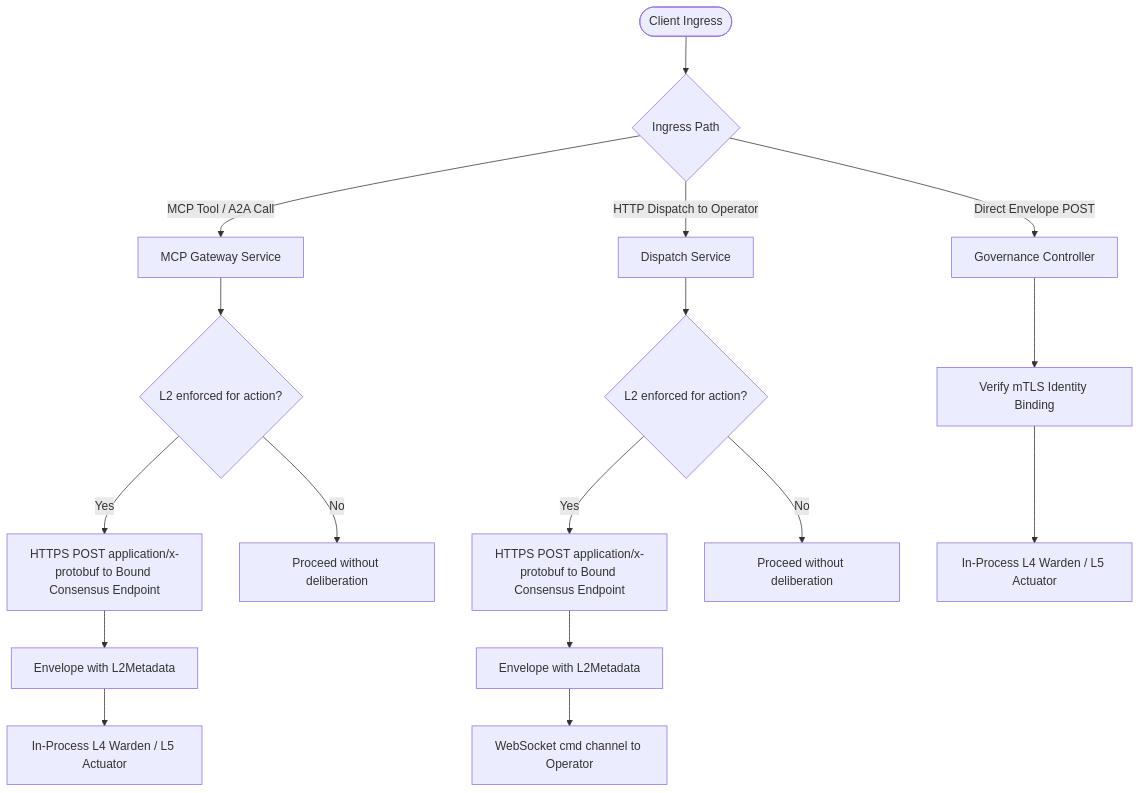
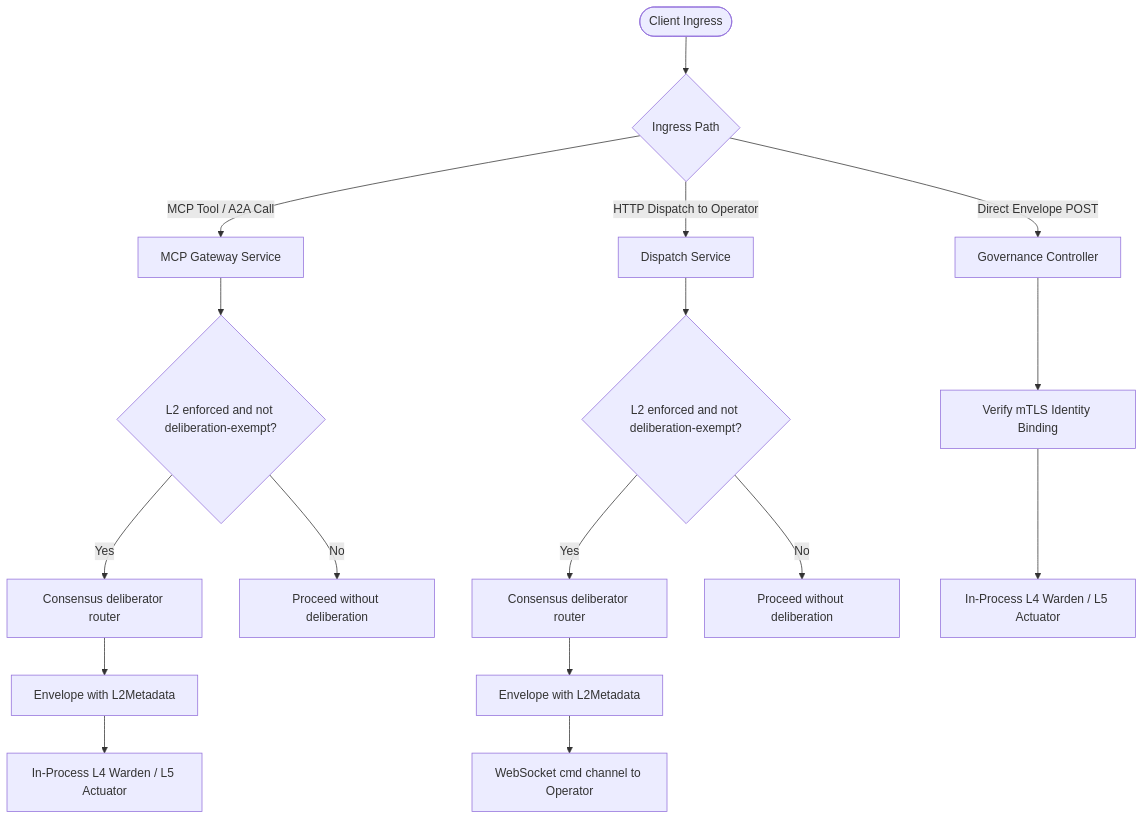
The diagram in docs/architecture/consensus.md (zerotrustdata/ztd), drawn with Mermaid before and after one commit. The commit also changed other lines of this file and 106 other files, not shown here.

````diff
--- a/docs/architecture/consensus.md
+++ b/docs/architecture/consensus.md
@@ -163,26 +224,26 @@
 ```mermaid
 flowchart TD
     Client([Client Ingress]) --> IngressType{Ingress Path}
-    
+
     IngressType -->|MCP Tool / A2A Call| MCPGateway[MCP Gateway Service]
     IngressType -->|HTTP Dispatch to Operator| DispatchSvc[Dispatch Service]
     IngressType -->|Direct Envelope POST| DirectGov[Governance Controller]
-    
-    MCPGateway --> CheckL2A{L2 enforced for action?}
-    DispatchSvc --> CheckL2B{L2 enforced for action?}
-    
-    CheckL2A -->|Yes| HTTPSDelibA[HTTPS POST application/x-protobuf to Bound Consensus Endpoint]
+
+    MCPGateway --> CheckL2A{L2 enforced and not deliberation-exempt?}
+    DispatchSvc --> CheckL2B{L2 enforced and not deliberation-exempt?}
+
+    CheckL2A -->|Yes| RouterA[Consensus deliberator router]
     CheckL2A -->|No| SkipDelibA[Proceed without deliberation]
-    
-    CheckL2B -->|Yes| HTTPSDelibB[HTTPS POST application/x-protobuf to Bound Consensus Endpoint]
+
+    CheckL2B -->|Yes| RouterB[Consensus deliberator router]
     CheckL2B -->|No| SkipDelibB[Proceed without deliberation]
-    
-    HTTPSDelibA --> PopulatedEnvelopeA[Envelope with L2Metadata]
-    HTTPSDelibB --> PopulatedEnvelopeB[Envelope with L2Metadata]
-    
+
+    RouterA --> PopulatedEnvelopeA[Envelope with L2Metadata]
+    RouterB --> PopulatedEnvelopeB[Envelope with L2Metadata]
+
     PopulatedEnvelopeA --> InProcessL4[In-Process L4 Warden / L5 Actuator]
     PopulatedEnvelopeB --> OutboundPubSub[WebSocket cmd channel to Operator]
-    
+
     DirectGov --> VerifyIdentity[Verify mTLS Identity Binding]
     VerifyIdentity --> DirectL4[In-Process L4 Warden / L5 Actuator]
 ```
````
